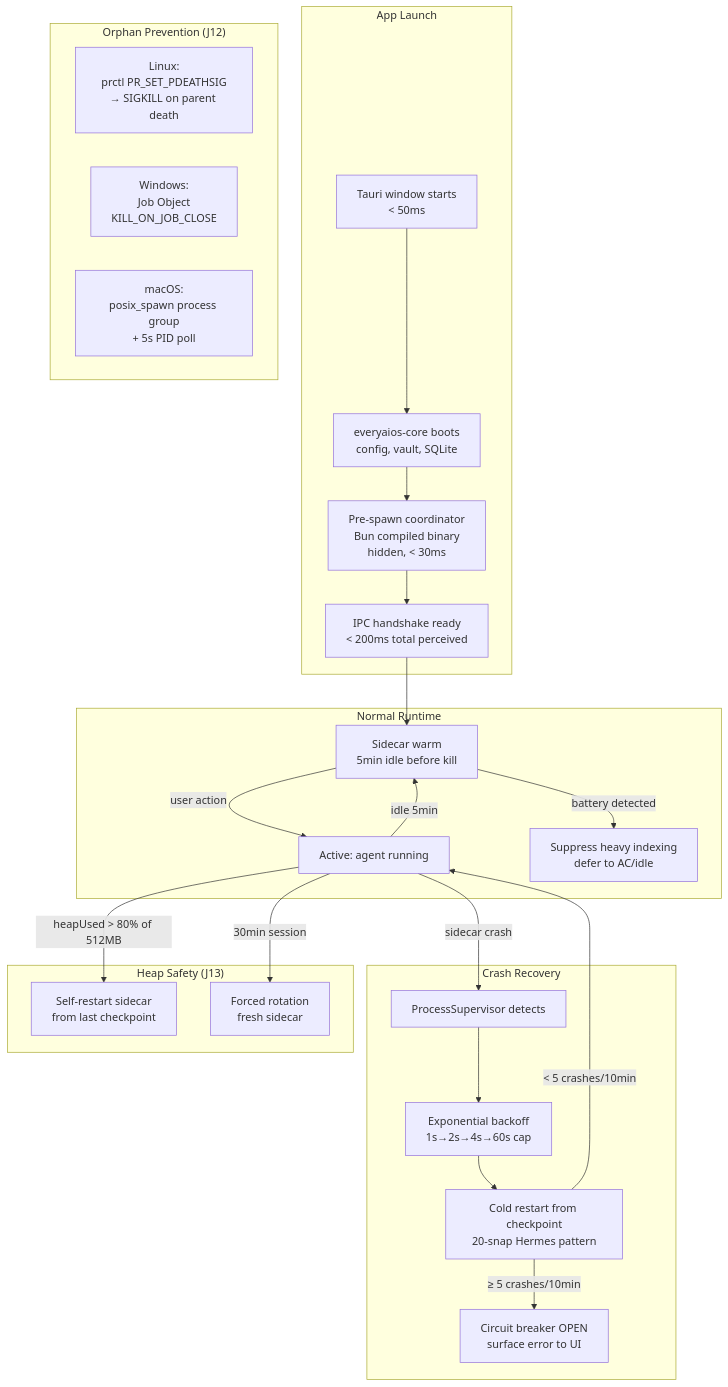
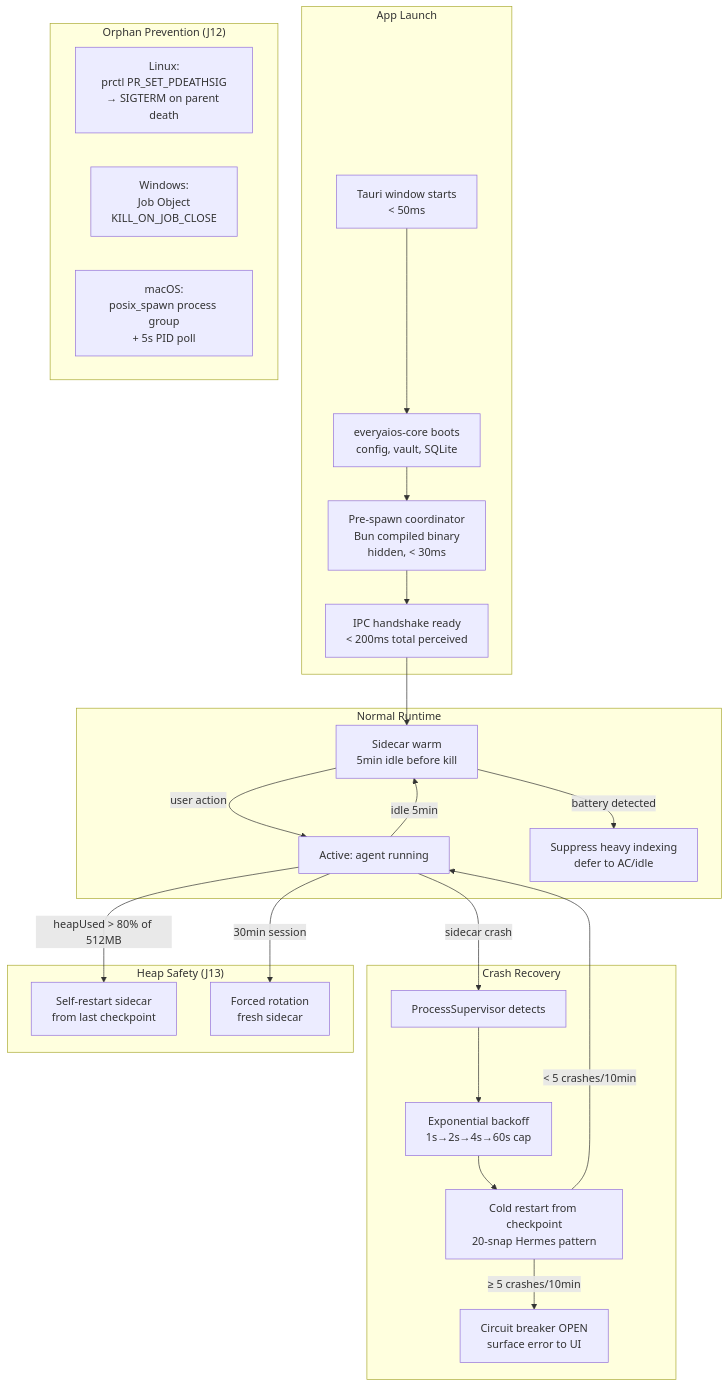
One commit to sarv-projects/EveryAIOS changed diagram 13 of 24 in ARCH/DIAGRAMS.md. Above: the diagram before and after it, drawn with Mermaid. The commit also changed other lines of this file and 86 other files, not shown here.

````diff
--- a/ARCH/DIAGRAMS.md
+++ b/ARCH/DIAGRAMS.md
@@ -528,35 +529,35 @@
 ```mermaid
 flowchart TD
     subgraph Boot["App Launch"]
         T[Tauri window starts<br/>< 50ms] --> RC[everyaios-core boots<br/>config, vault, SQLite]
         RC --> PreSpawn[Pre-spawn coordinator<br/>Bun compiled binary<br/>hidden, < 30ms]
         PreSpawn --> Ready[IPC handshake ready<br/>< 200ms total perceived]
     end
 
     subgraph Runtime["Normal Runtime"]
         Ready --> Warm[Sidecar warm<br/>5min idle before kill]
         Warm -->|user action| Active[Active: agent running]
         Active -->|idle 5min| Warm
         Warm -->|battery detected| Suppress[Suppress heavy indexing<br/>defer to AC/idle]
     end
 
     subgraph Crash["Crash Recovery"]
         Active -->|sidecar crash| Detect[ProcessSupervisor detects]
         Detect --> Backoff[Exponential backoff<br/>1s→2s→4s→60s cap]
         Backoff --> Respawn[Cold restart from checkpoint<br/>20-snap Hermes pattern]
         Respawn -->|< 5 crashes/10min| Active
         Respawn -->|≥ 5 crashes/10min| Circuit[Circuit breaker OPEN<br/>surface error to UI]
     end
 
     subgraph Orphan["Orphan Prevention (J12)"]
         direction LR
-        Linux[Linux:<br/>prctl PR_SET_PDEATHSIG<br/>→ SIGKILL on parent death]
+        Linux[Linux:<br/>prctl PR_SET_PDEATHSIG<br/>→ SIGTERM on parent death]
         Windows[Windows:<br/>Job Object<br/>KILL_ON_JOB_CLOSE]
         MacOS[macOS:<br/>posix_spawn process group<br/>+ 5s PID poll]
     end
 
     subgraph Heap["Heap Safety (J13)"]
         Active -->|heapUsed > 80% of 512MB| SelfRestart[Self-restart sidecar<br/>from last checkpoint]
         Active -->|30min session| Rotate[Forced rotation<br/>fresh sidecar]
     end
 ```
````
